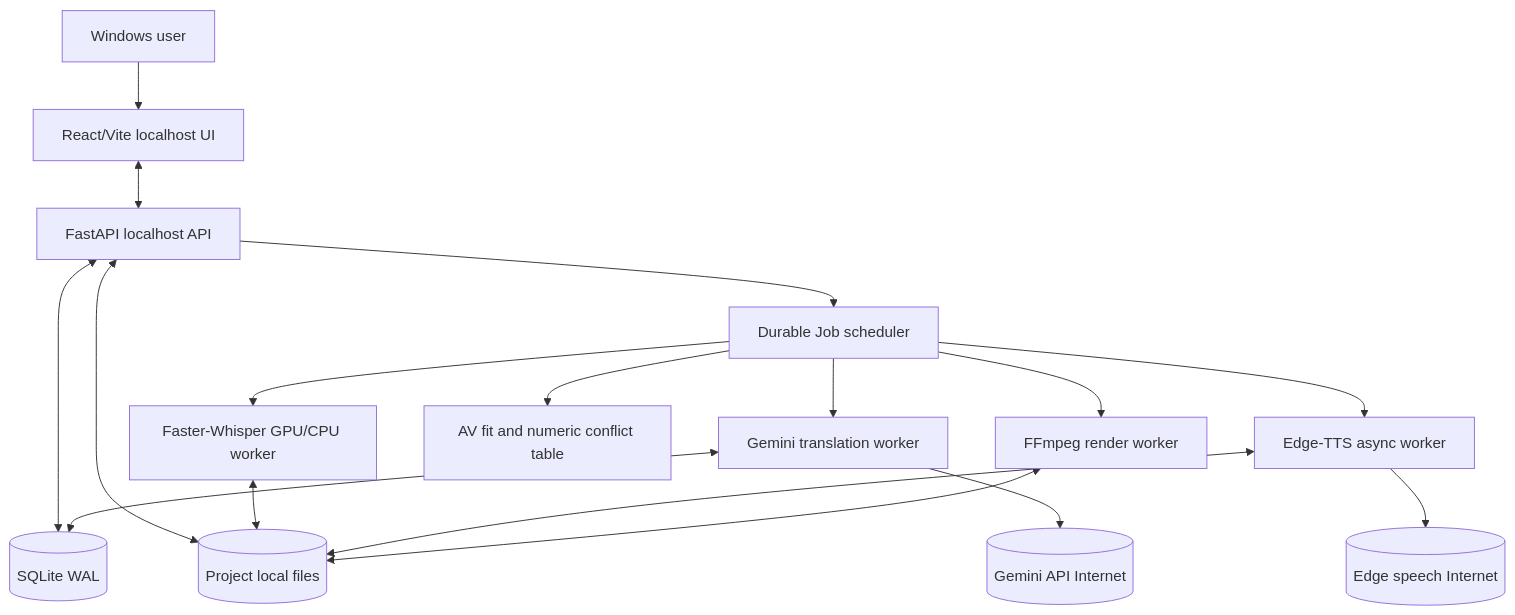
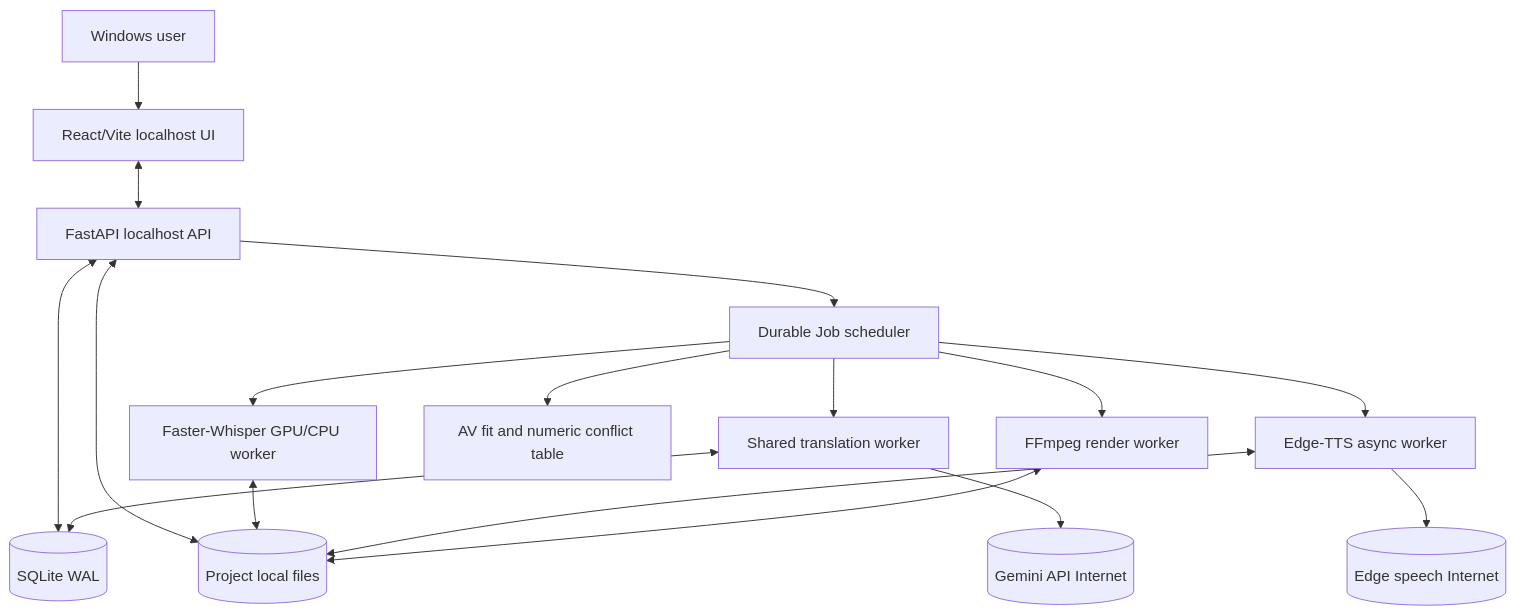
Before and after one commit to hochausy05/AutoDub-Local: the first of 2 diagrams in docs/02_SYSTEM_ARCHITECTURE.md, drawn with Mermaid. The commit also changed other lines of this file and 29 other files, not shown here.

````diff
--- a/docs/02_SYSTEM_ARCHITECTURE.md
+++ b/docs/02_SYSTEM_ARCHITECTURE.md
@@ -9,19 +9,19 @@
 ```mermaid
 flowchart TD
   U[Windows user] --> UI[React/Vite localhost UI]
   UI <--> API[FastAPI localhost API]
   API <--> DB[(SQLite WAL)]
   API <--> FS[(Project local files)]
   API --> Q[Durable Job scheduler]
   Q --> ASR[Faster-Whisper GPU/CPU worker]
-  Q --> TR[Gemini translation worker]
+  Q --> TR[Shared translation worker]
   Q --> TTS[Edge-TTS async worker]
   Q --> SYNC[AV fit and numeric conflict table]
   Q --> REN[FFmpeg render worker]
   ASR <--> FS
   TR <--> DB
   TTS <--> FS
   REN <--> FS
   TR --> GEMINI[(Gemini API Internet)]
   TTS --> EDGE[(Edge speech Internet)]
 ```
````
